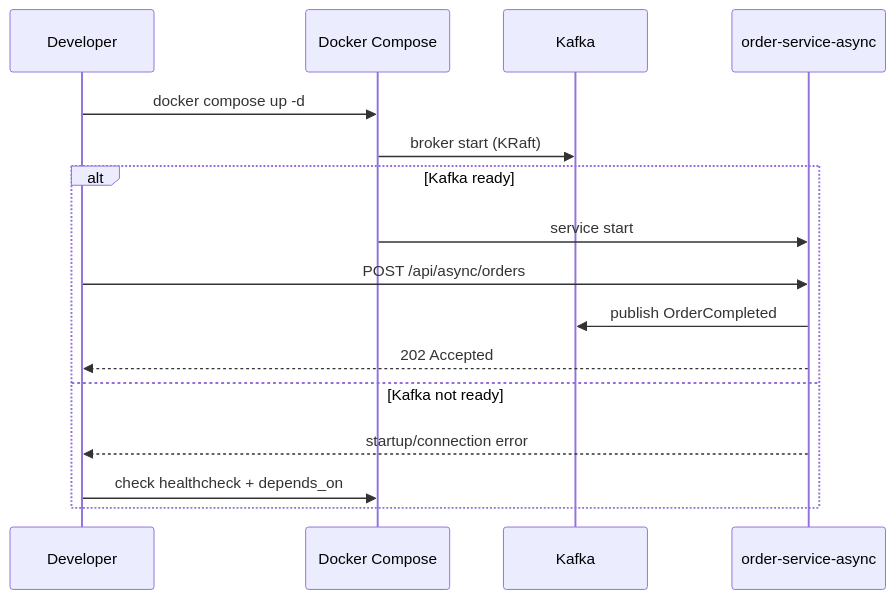
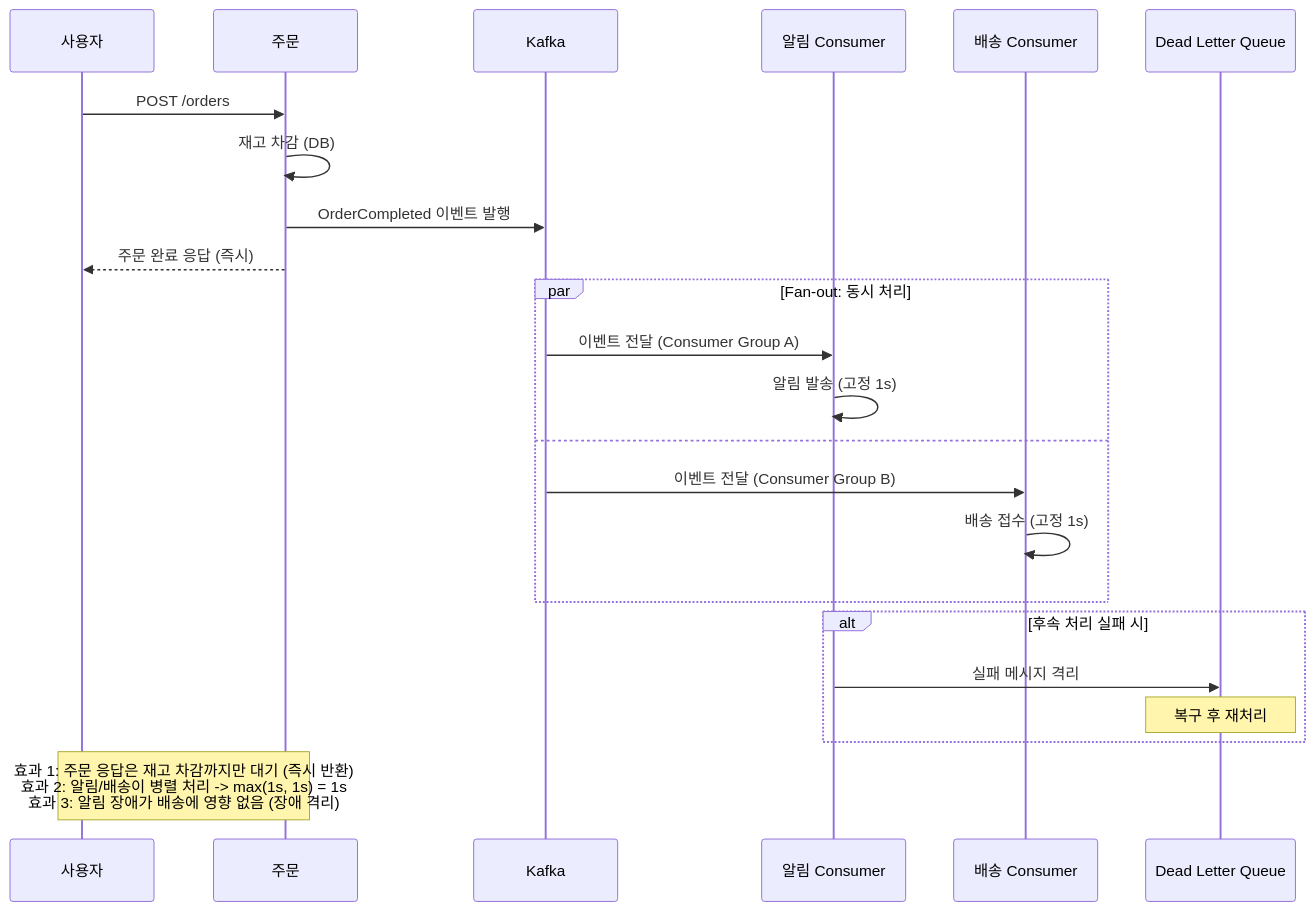
The second of 4 diagrams in .agile/sprints/sprint-1/2-delivery/design-implementation.md (JuJin1324/eda-poc), drawn with Mermaid before and after one commit. The commit also changed other lines of this file and 4 other files, not shown here.

Commit message:
refactor: prioritize business-flow diagrams in design-implementation

````diff
--- a/.agile/sprints/sprint-1/2-delivery/design-implementation.md
+++ b/.agile/sprints/sprint-1/2-delivery/design-implementation.md
@@ -66,19 +60,29 @@
 ```mermaid
 sequenceDiagram
-  participant Dev as Developer
-  participant C as Docker Compose
-  participant K as Kafka
-  participant OA as order-service-async
+    participant User as 사용자
+    participant OA as 주문
+    participant K as Kafka
+    participant NA as 알림 Consumer
+    participant SA as 배송 Consumer
+    participant DLQ as Dead Letter Queue
 
-  Dev->>C: docker compose up -d
-  C->>K: broker start (KRaft)
-  alt Kafka ready
-    C->>OA: service start
-    Dev->>OA: POST /api/async/orders
-    OA->>K: publish OrderCompleted
-    OA-->>Dev: 202 Accepted
-  else Kafka not ready
-    OA-->>Dev: startup/connection error
-    Dev->>C: check healthcheck + depends_on
-  end
+    User->>OA: POST /orders
+    OA->>OA: 재고 차감 (DB)
+    OA->>K: OrderCompleted 이벤트 발행
+    OA-->>User: 주문 완료 응답 (즉시)
+
+    par Fan-out: 동시 처리
+        K->>NA: 이벤트 전달 (Consumer Group A)
+        NA->>NA: 알림 발송 (고정 1s)
+    and
+        K->>SA: 이벤트 전달 (Consumer Group B)
+        SA->>SA: 배송 접수 (고정 1s)
+    end
+
+    alt 후속 처리 실패 시
+        NA->>DLQ: 실패 메시지 격리
+        Note over DLQ: 복구 후 재처리
+    end
+
+    Note over OA,User: 효과 1: 주문 응답은 재고 차감까지만 대기 (즉시 반환)<br/>효과 2: 알림/배송이 병렬 처리 -> max(1s, 1s) = 1s<br/>효과 3: 알림 장애가 배송에 영향 없음 (장애 격리)
 ```
````
